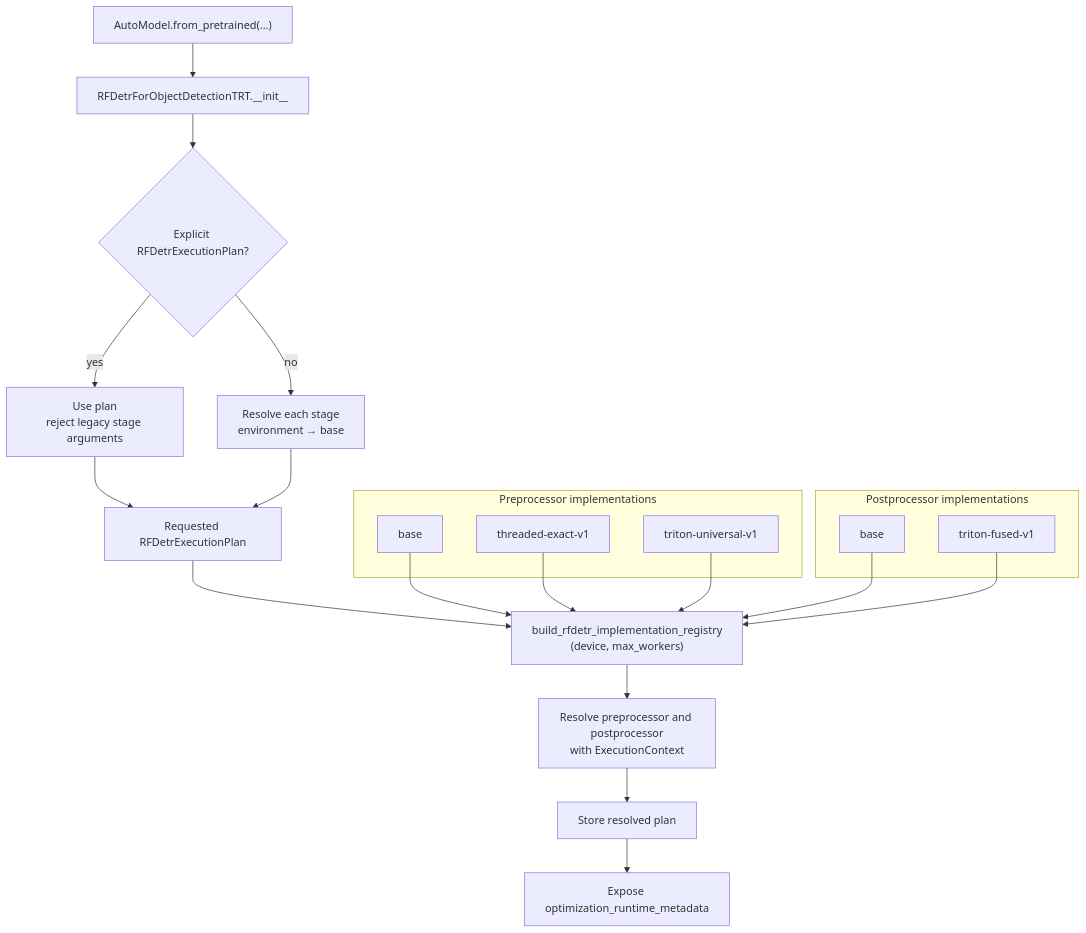
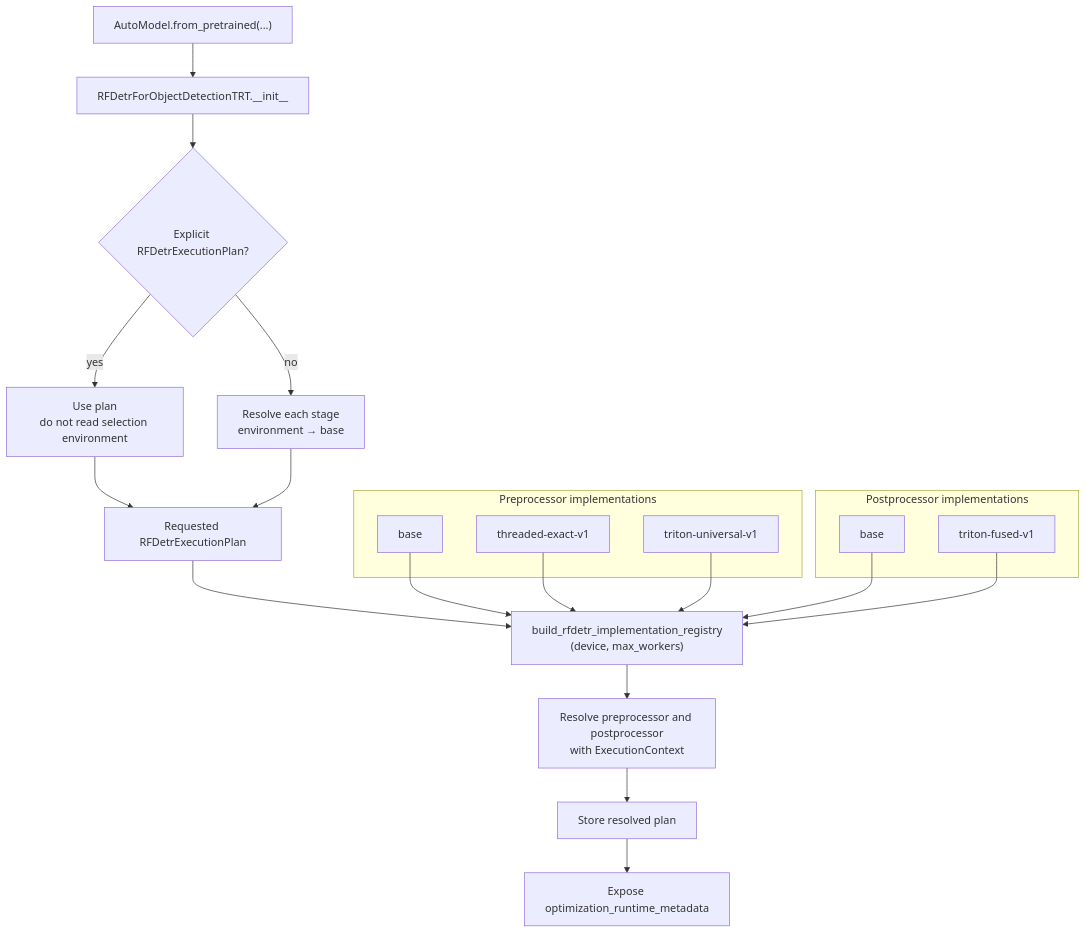
The second of 3 diagrams in inference_models/docs/contributors/inference-path-optimization-architecture.md (roboflow/inference), drawn with Mermaid before and after one commit. The commit also changed other lines of this file and 15 other files, not shown here.

First line of the commit message:
Enhance RF-DETR preprocessing architecture with compatibility checks and fallback mechanisms

````diff
--- a/inference_models/docs/contributors/inference-path-optimization-architecture.md
+++ b/inference_models/docs/contributors/inference-path-optimization-architecture.md
@@ -124,32 +128,32 @@
 ```mermaid
 flowchart TD
     load["AutoModel.from_pretrained(...)"] --> init["RFDetrForObjectDetectionTRT.__init__"]
     init --> explicit{"Explicit RFDetrExecutionPlan?"}
-    explicit -->|yes| use_plan["Use plan<br/>reject legacy stage arguments"]
+    explicit -->|yes| use_plan["Use plan<br/>do not read selection environment"]
     explicit -->|no| precedence["Resolve each stage<br/>environment → base"]
     use_plan --> requested["Requested RFDetrExecutionPlan"]
     precedence --> requested
 
     requested --> build["build_rfdetr_implementation_registry<br/>(device, max_workers)"]
 
     subgraph preprocessors["Preprocessor implementations"]
         pre_base["base"]
         pre_threaded["threaded-exact-v1"]
         pre_triton["triton-universal-v1"]
     end
 
     subgraph postprocessors["Postprocessor implementations"]
         post_base["base"]
         post_triton["triton-fused-v1"]
     end
 
     pre_base --> build
     pre_threaded --> build
     pre_triton --> build
     post_base --> build
     post_triton --> build
 
     build --> resolve["Resolve preprocessor and postprocessor<br/>with ExecutionContext"]
     resolve --> store["Store resolved plan"]
     store --> metadata["Expose optimization_runtime_metadata"]
 ```
````
